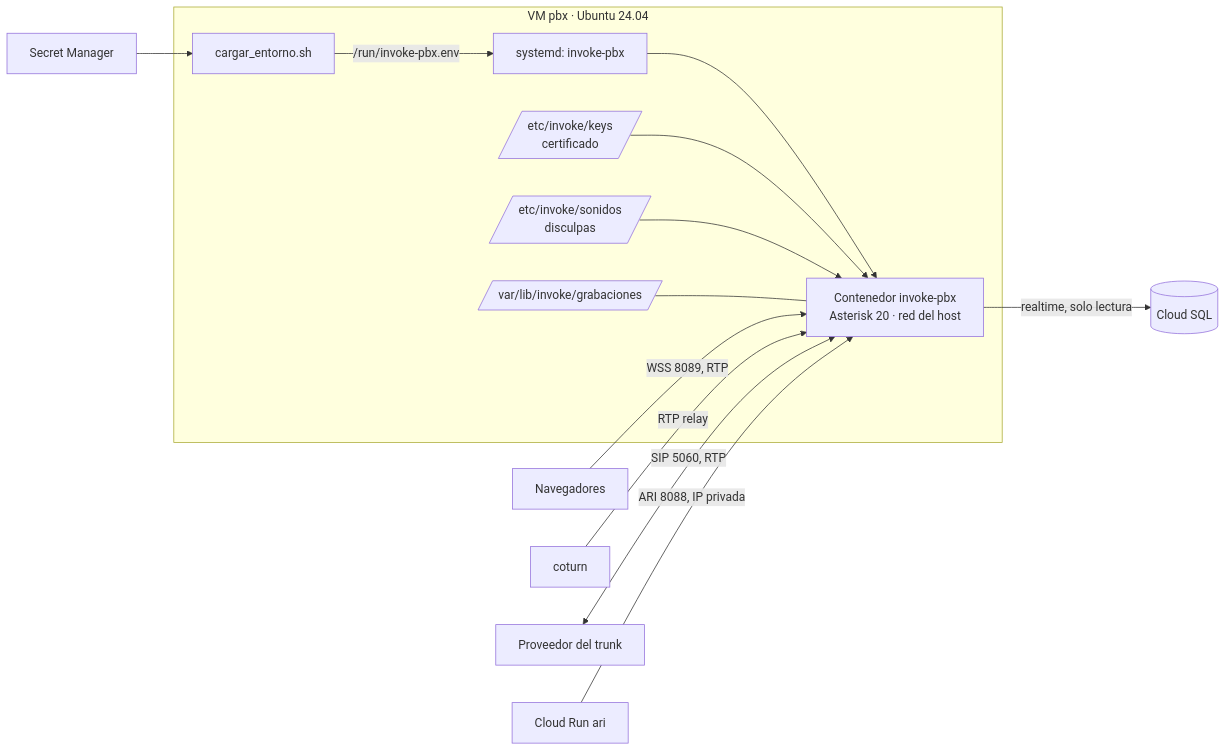
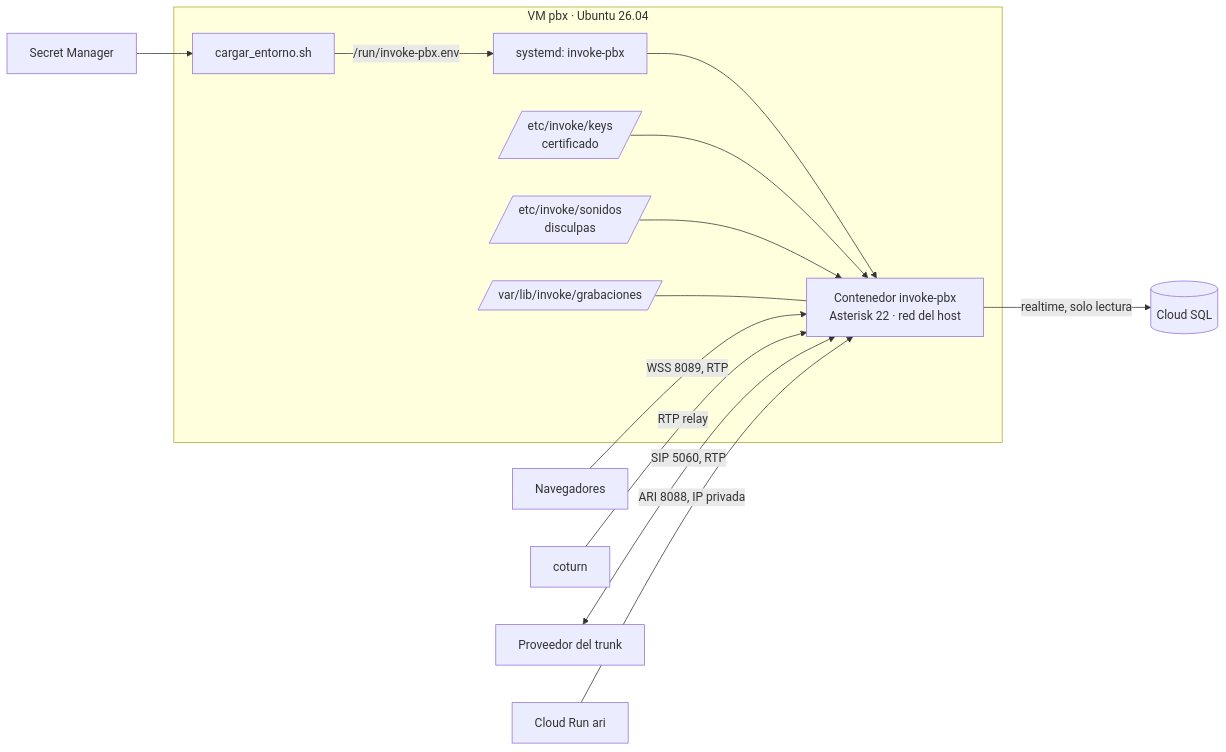
Before and after one commit to araujomelogno/invoke2: the second of 2 diagrams in docs/despliegue.md, drawn with Mermaid. The commit also changed other lines of this file and 11 other files, not shown here.

````diff
--- a/docs/despliegue.md
+++ b/docs/despliegue.md
@@ -150,16 +150,16 @@
 ```mermaid
 flowchart LR
-  subgraph VM pbx [VM pbx · Ubuntu 24.04]
-    SD[systemd: invoke-pbx] --> C[Contenedor invoke-pbx<br/>Asterisk 20 · red del host]
+  subgraph VM pbx [VM pbx · Ubuntu 26.04]
+    SD[systemd: invoke-pbx] --> C[Contenedor invoke-pbx<br/>Asterisk 22 · red del host]
     CE[cargar_entorno.sh] -->|/run/invoke-pbx.env| SD
     K[/etc/invoke/keys<br/>certificado/] --> C
     SN[/etc/invoke/sonidos<br/>disculpas/] --> C
     G[/var/lib/invoke/grabaciones/] --- C
   end
   SM[Secret Manager] --> CE
   N[Navegadores] -->|WSS 8089, RTP| C
   TU[coturn] -->|RTP relay| C
   PR[Proveedor del trunk] <-->|SIP 5060, RTP| C
   ARI[Cloud Run ari] -->|ARI 8088, IP privada| C
   C -->|realtime, solo lectura| SQL[(Cloud SQL)]
 ```
````
